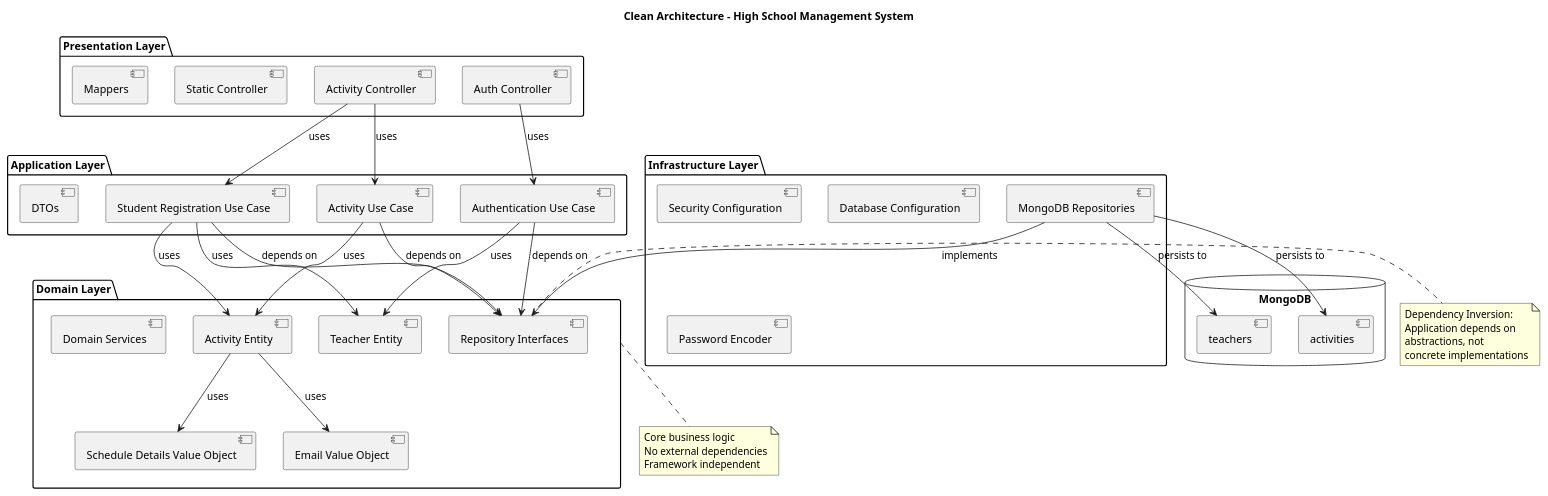
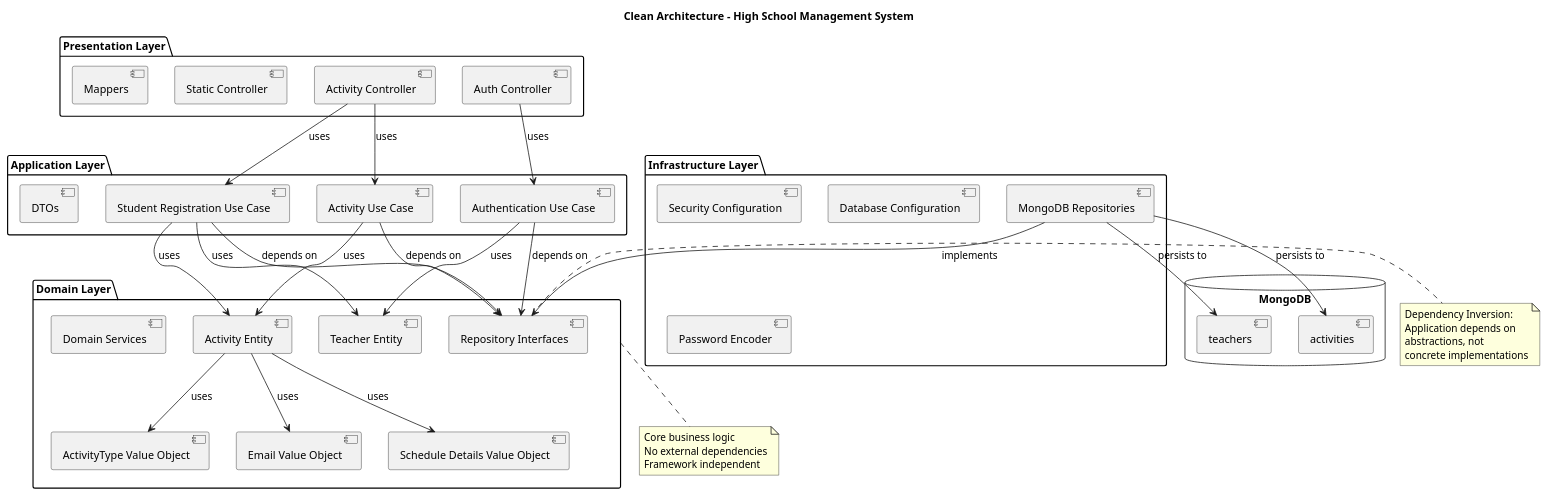
Before and after one commit to FlavioCoutinho81/java-copilot-code-agent: the diagram in docs/architecture/clean-architecture.puml, drawn with PlantUML. The commit also changed 2 other files, not shown here.

```diff
--- a/docs/architecture/clean-architecture.puml
+++ b/docs/architecture/clean-architecture.puml
@@ -1,72 +1,74 @@
 @startuml clean-architecture
 title Clean Architecture - High School Management System
 
 package "Presentation Layer" {
     [Activity Controller]
     [Auth Controller]
     [Static Controller]
     [Mappers]
 }
 
 package "Application Layer" {
     [Activity Use Case]
     [Authentication Use Case]
     [Student Registration Use Case]
     [DTOs]
 }
 
 package "Domain Layer" {
     [Activity Entity]
     [Teacher Entity]
+    [ActivityType Value Object]
     [Email Value Object]
     [Schedule Details Value Object]
     [Repository Interfaces]
     [Domain Services]
 }
 
 package "Infrastructure Layer" {
     [MongoDB Repositories]
     [Security Configuration]
     [Database Configuration]
     [Password Encoder]
 }
 
 database "MongoDB" {
     [activities]
     [teachers]
 }
 
 [Activity Controller] --> [Activity Use Case] : uses
 [Activity Controller] --> [Student Registration Use Case] : uses
 [Auth Controller] --> [Authentication Use Case] : uses
 
 [Activity Use Case] --> [Activity Entity] : uses
 [Authentication Use Case] --> [Teacher Entity] : uses
 [Student Registration Use Case] --> [Activity Entity] : uses
 [Student Registration Use Case] --> [Teacher Entity] : uses
 
 [Activity Use Case] --> [Repository Interfaces] : depends on
 [Authentication Use Case] --> [Repository Interfaces] : depends on
 [Student Registration Use Case] --> [Repository Interfaces] : depends on
 
 [MongoDB Repositories] --> [Repository Interfaces] : implements
 [MongoDB Repositories] --> [activities] : persists to
 [MongoDB Repositories] --> [teachers] : persists to
 
 [Activity Entity] --> [Email Value Object] : uses
 [Activity Entity] --> [Schedule Details Value Object] : uses
+[Activity Entity] --> [ActivityType Value Object] : uses
 
 note right of [Repository Interfaces]
     Dependency Inversion:
     Application depends on
     abstractions, not
     concrete implementations
 end note
 
 note bottom of [Domain Layer]
     Core business logic
     No external dependencies
     Framework independent
 end note
 
 @enduml
```
